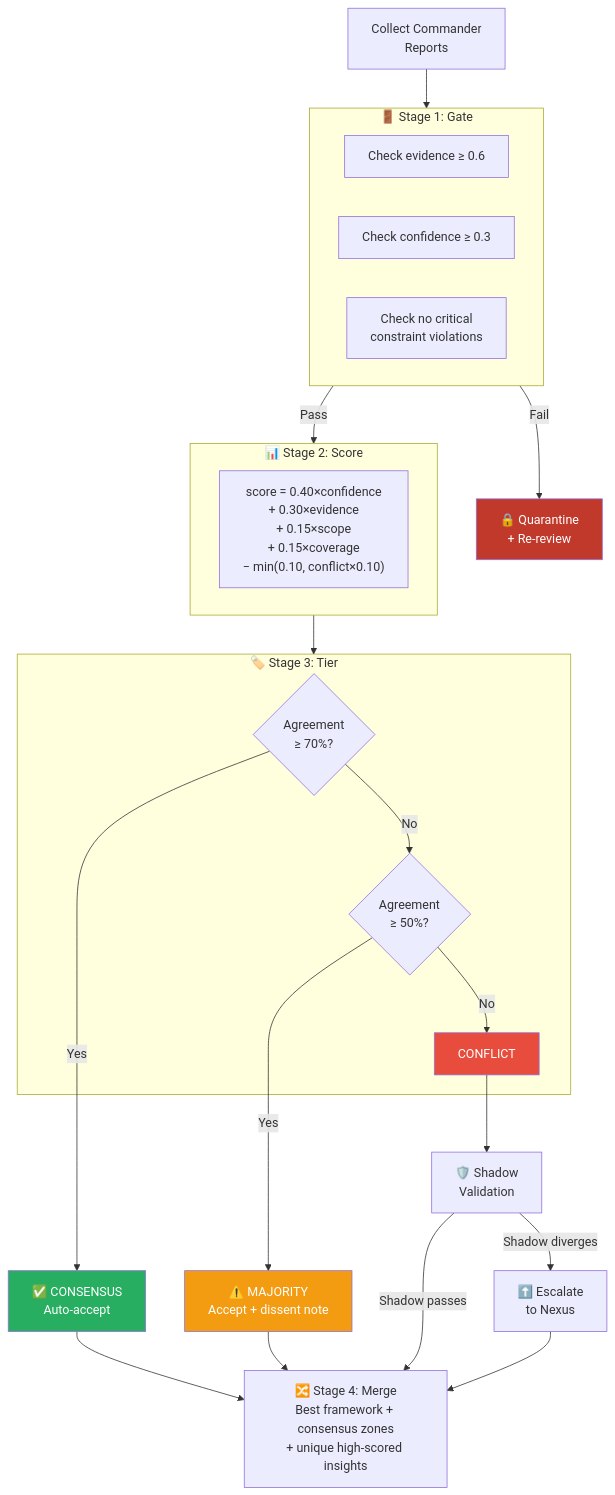
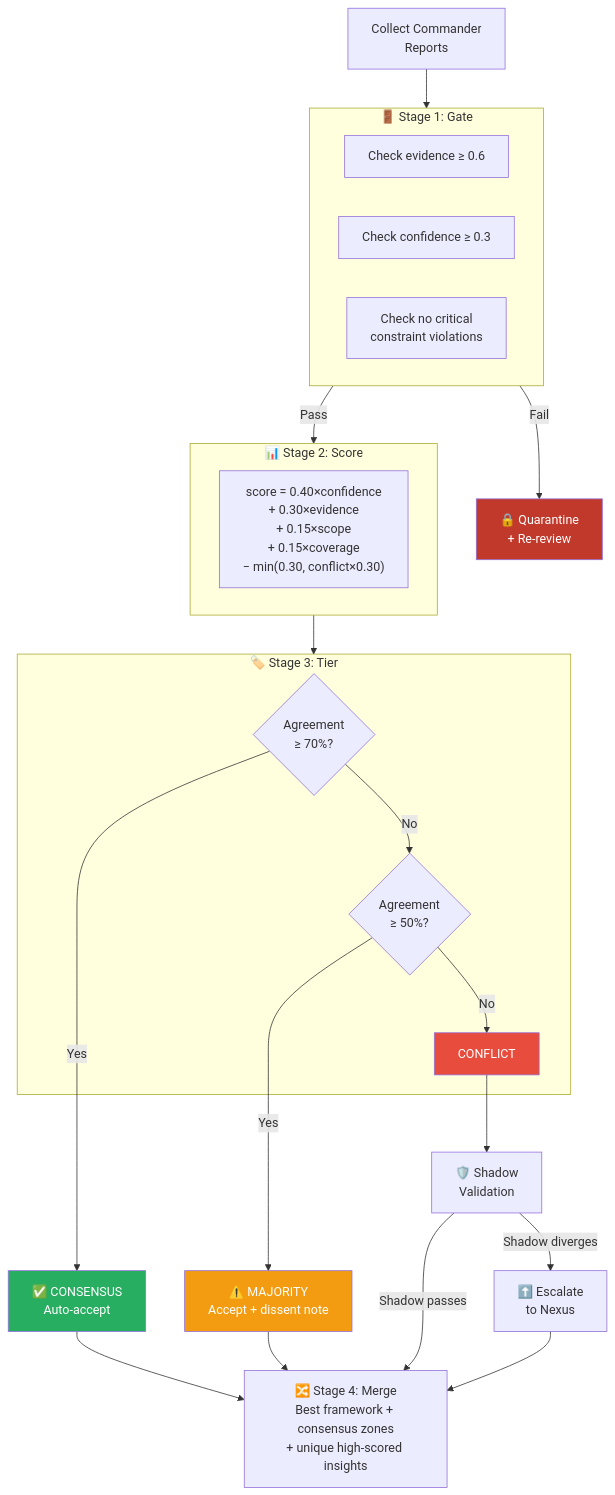
Before and after one commit to DUBSOpenHub/swarm-command: the sixth of 7 diagrams in docs/architecture-diagrams.md, drawn with Mermaid. The commit also changed 7 other files, not shown here.

First line of the commit message:
🐝 Fix 4 consensus bugs: SS-100 count, score normalization, conflict penalty, evidence scale

````diff
--- a/docs/architecture-diagrams.md
+++ b/docs/architecture-diagrams.md
@@ -191,44 +191,44 @@
 ```mermaid
 flowchart TD
     START["Collect Commander<br/>Reports"] --> GATE
 
     subgraph GATE["🚪 Stage 1: Gate"]
         G1["Check evidence ≥ 0.6"]
         G2["Check confidence ≥ 0.3"]
         G3["Check no critical<br/>constraint violations"]
     end
 
     GATE -->|"Pass"| SCORE
     GATE -->|"Fail"| QUARANTINE["🔒 Quarantine<br/>+ Re-review"]
 
     subgraph SCORE["📊 Stage 2: Score"]
-        S1["score = 0.40×confidence<br/>+ 0.30×evidence<br/>+ 0.15×scope<br/>+ 0.15×coverage<br/>− min(0.10, conflict×0.10)"]
+        S1["score = 0.40×confidence<br/>+ 0.30×evidence<br/>+ 0.15×scope<br/>+ 0.15×coverage<br/>− min(0.30, conflict×0.30)"]
     end
 
     SCORE --> TIER
 
     subgraph TIER["🏷️ Stage 3: Tier"]
         T1{"Agreement<br/>≥ 70%?"}
         T2{"Agreement<br/>≥ 50%?"}
         T3["CONFLICT"]
     end
 
     T1 -->|"Yes"| CONSENSUS["✅ CONSENSUS<br/>Auto-accept"]
     T1 -->|"No"| T2
     T2 -->|"Yes"| MAJORITY["⚠️ MAJORITY<br/>Accept + dissent note"]
     T2 -->|"No"| T3
 
     T3 --> SHADOW_CHECK["🛡️ Shadow<br/>Validation"]
     CONSENSUS --> MERGE
     MAJORITY --> MERGE
     SHADOW_CHECK -->|"Shadow passes"| MERGE
     SHADOW_CHECK -->|"Shadow diverges"| ESCALATE["⬆️ Escalate<br/>to Nexus"]
     ESCALATE --> MERGE
 
     MERGE["🔀 Stage 4: Merge<br/>Best framework + consensus zones<br/>+ unique high-scored insights"]
 
     style CONSENSUS fill:#27ae60,color:#fff
     style MAJORITY fill:#f39c12,color:#fff
     style T3 fill:#e74c3c,color:#fff
     style QUARANTINE fill:#c0392b,color:#fff
 ```
````
